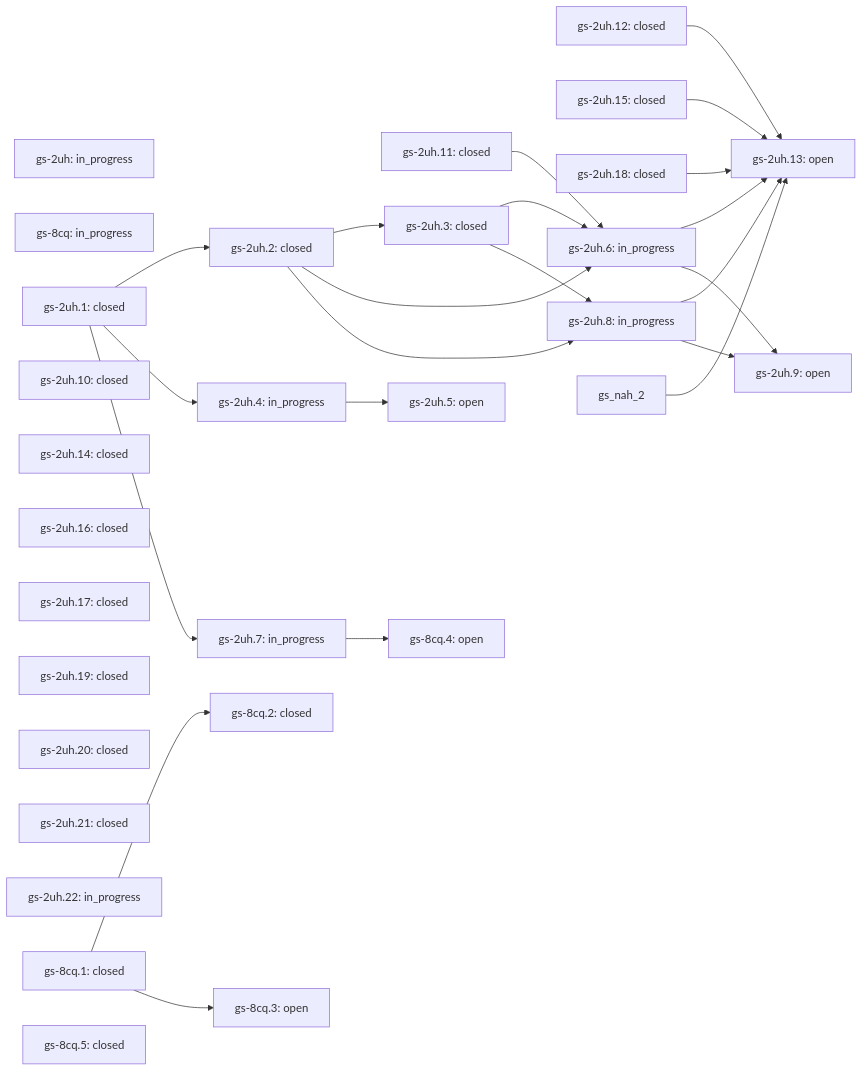
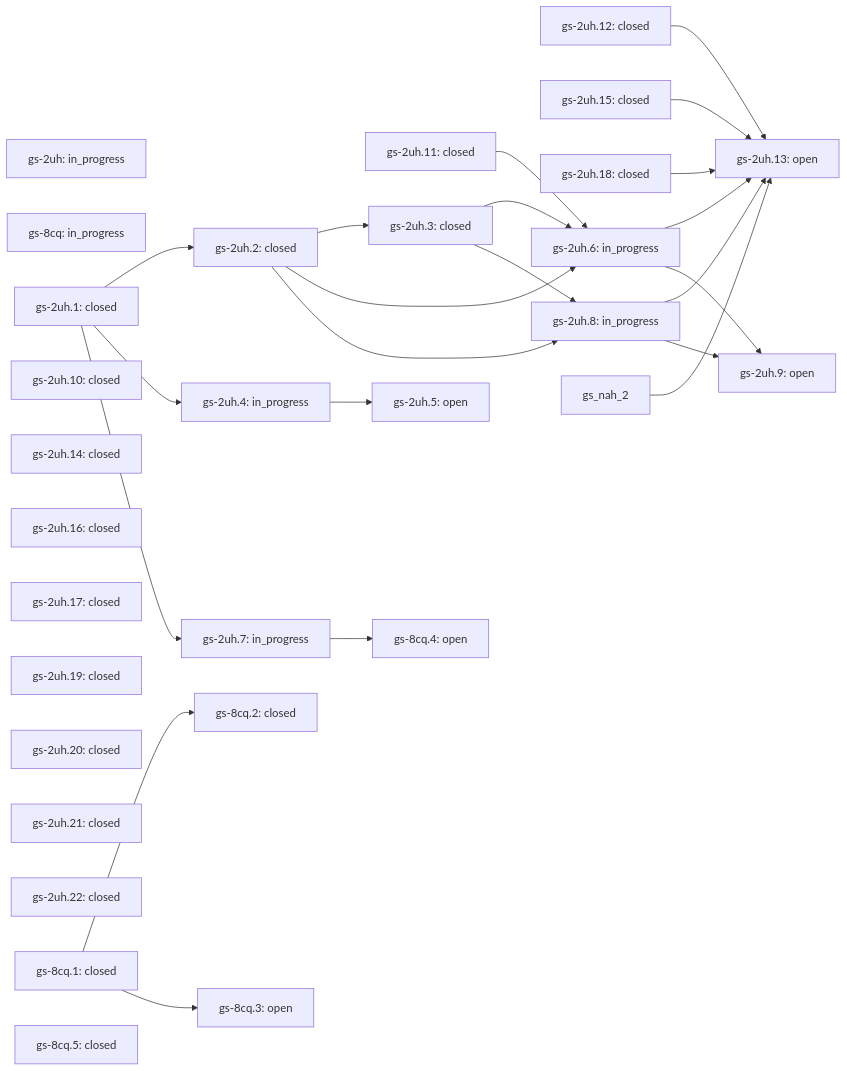
The diagram in docs/skills/vps-health/ROADMAP.md (lifeofgurpreet/G-Skills), drawn with Mermaid before and after one commit. The commit also changed other lines of this file and 2 other files, not shown here.

First line of the commit message:
Record qualified pressure-history correction in the skill roadmap

````diff
--- a/docs/skills/vps-health/ROADMAP.md
+++ b/docs/skills/vps-health/ROADMAP.md
@@ -41,53 +41,53 @@
 ```mermaid
 flowchart LR
   gs_2uh["gs-2uh: in_progress"]
   gs_8cq["gs-8cq: in_progress"]
   gs_2uh_1["gs-2uh.1: closed"]
   gs_2uh_10["gs-2uh.10: closed"]
   gs_2uh_11["gs-2uh.11: closed"]
   gs_2uh_12["gs-2uh.12: closed"]
   gs_2uh_13["gs-2uh.13: open"]
   gs_2uh_12 --> gs_2uh_13
   gs_2uh_15 --> gs_2uh_13
   gs_2uh_18 --> gs_2uh_13
   gs_2uh_6 --> gs_2uh_13
   gs_2uh_8 --> gs_2uh_13
   gs_nah_2 --> gs_2uh_13
   gs_2uh_14["gs-2uh.14: closed"]
   gs_2uh_15["gs-2uh.15: closed"]
   gs_2uh_16["gs-2uh.16: closed"]
   gs_2uh_17["gs-2uh.17: closed"]
   gs_2uh_18["gs-2uh.18: closed"]
   gs_2uh_19["gs-2uh.19: closed"]
   gs_2uh_2["gs-2uh.2: closed"]
   gs_2uh_1 --> gs_2uh_2
   gs_2uh_20["gs-2uh.20: closed"]
   gs_2uh_21["gs-2uh.21: closed"]
-  gs_2uh_22["gs-2uh.22: in_progress"]
+  gs_2uh_22["gs-2uh.22: closed"]
   gs_2uh_3["gs-2uh.3: closed"]
   gs_2uh_2 --> gs_2uh_3
   gs_2uh_4["gs-2uh.4: in_progress"]
   gs_2uh_1 --> gs_2uh_4
   gs_2uh_5["gs-2uh.5: open"]
   gs_2uh_4 --> gs_2uh_5
   gs_2uh_6["gs-2uh.6: in_progress"]
   gs_2uh_11 --> gs_2uh_6
   gs_2uh_2 --> gs_2uh_6
   gs_2uh_3 --> gs_2uh_6
   gs_2uh_8["gs-2uh.8: in_progress"]
   gs_2uh_2 --> gs_2uh_8
   gs_2uh_3 --> gs_2uh_8
   gs_8cq_1["gs-8cq.1: closed"]
   gs_8cq_2["gs-8cq.2: closed"]
   gs_8cq_1 --> gs_8cq_2
   gs_2uh_7["gs-2uh.7: in_progress"]
   gs_2uh_1 --> gs_2uh_7
   gs_2uh_9["gs-2uh.9: open"]
   gs_2uh_6 --> gs_2uh_9
   gs_2uh_8 --> gs_2uh_9
   gs_8cq_3["gs-8cq.3: open"]
   gs_8cq_1 --> gs_8cq_3
   gs_8cq_4["gs-8cq.4: open"]
   gs_2uh_7 --> gs_8cq_4
   gs_8cq_5["gs-8cq.5: closed"]
 ```
````
